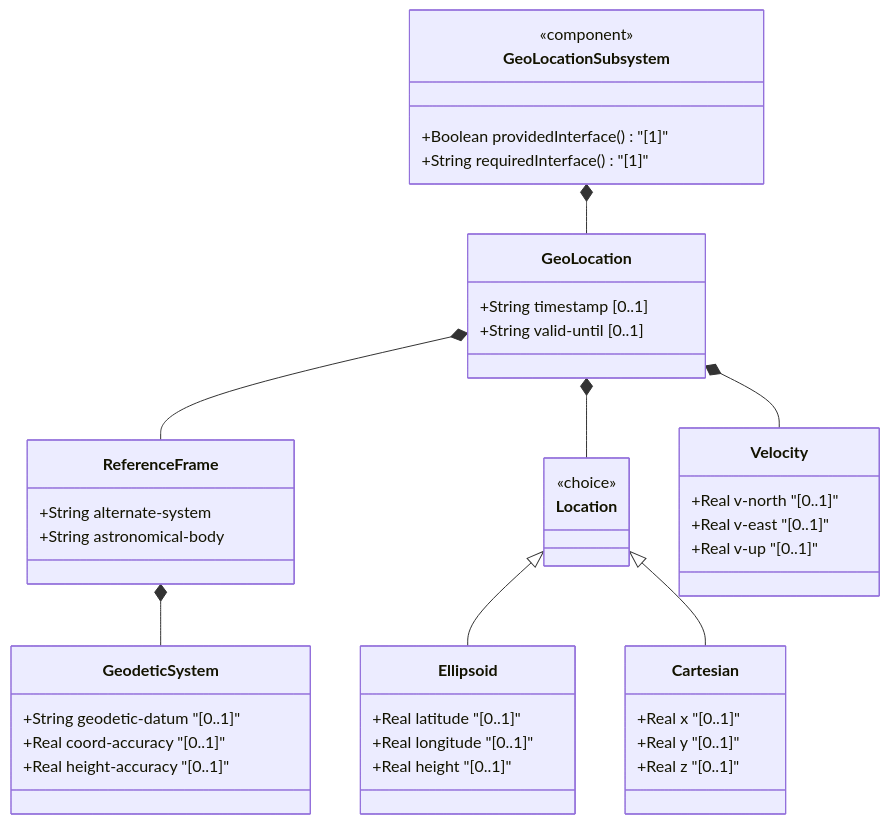
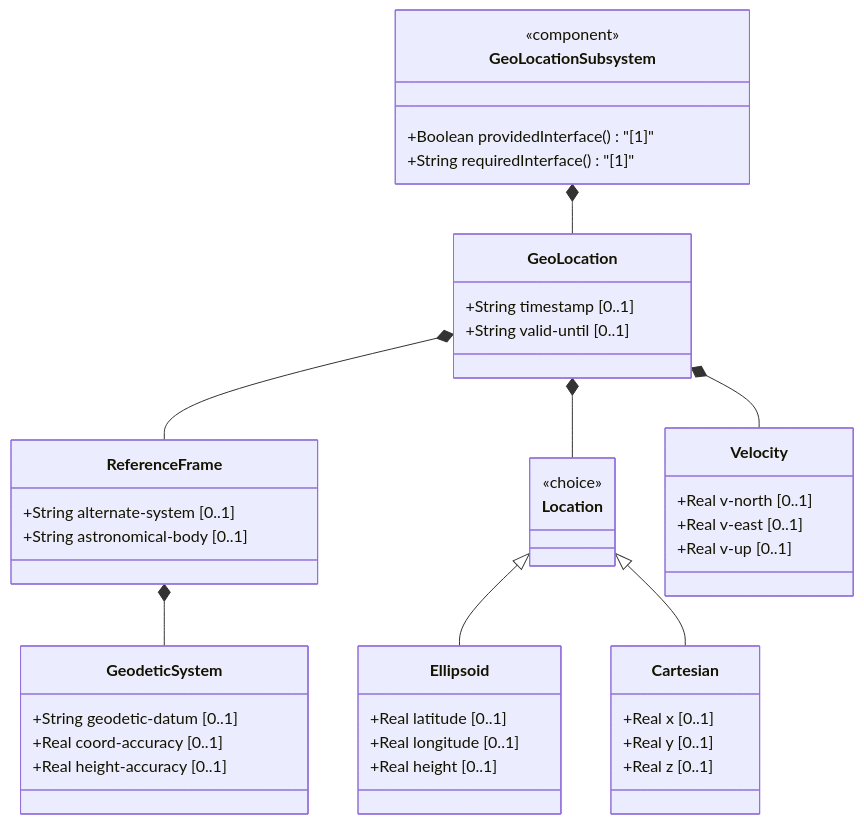
One commit to gintatkinson/3dgs-032 changed the second of 3 diagrams in docs/epics/epic-01-geo-location.md. Above: the diagram before and after it, drawn with Mermaid. The commit also changed other lines of this file and 11 other files, not shown here.

````diff
--- a/docs/epics/epic-01-geo-location.md
+++ b/docs/epics/epic-01-geo-location.md
@@ -46,47 +46,47 @@
 ```mermaid
 classDiagram
     class GeoLocationSubsystem {
         <<component>>
         +Boolean providedInterface() "[1]"
         +String requiredInterface() "[1]"
     }
     class GeoLocation {
         +String timestamp [0..1]
         +String valid-until [0..1]
     }
     class ReferenceFrame {
-        +String alternate-system
-        +String astronomical-body
+        +String alternate-system [0..1]
+        +String astronomical-body [0..1]
     }
     class GeodeticSystem {
-        +String geodetic-datum "[0..1]"
-        +Real coord-accuracy "[0..1]"
-        +Real height-accuracy "[0..1]"
+        +String geodetic-datum [0..1]
+        +Real coord-accuracy [0..1]
+        +Real height-accuracy [0..1]
     }
     class Location {
         <<choice>>
     }
     class Ellipsoid {
-        +Real latitude "[0..1]"
-        +Real longitude "[0..1]"
-        +Real height "[0..1]"
+        +Real latitude [0..1]
+        +Real longitude [0..1]
+        +Real height [0..1]
     }
     class Cartesian {
-        +Real x "[0..1]"
-        +Real y "[0..1]"
-        +Real z "[0..1]"
+        +Real x [0..1]
+        +Real y [0..1]
+        +Real z [0..1]
     }
     class Velocity {
-        +Real v-north "[0..1]"
-        +Real v-east "[0..1]"
-        +Real v-up "[0..1]"
+        +Real v-north [0..1]
+        +Real v-east [0..1]
+        +Real v-up [0..1]
     }
 
     GeoLocationSubsystem *-- GeoLocation
     GeoLocation *-- ReferenceFrame
     ReferenceFrame *-- GeodeticSystem
     GeoLocation *-- Location
     Location <|-- Ellipsoid
     Location <|-- Cartesian
     GeoLocation *-- Velocity
 ```
````
